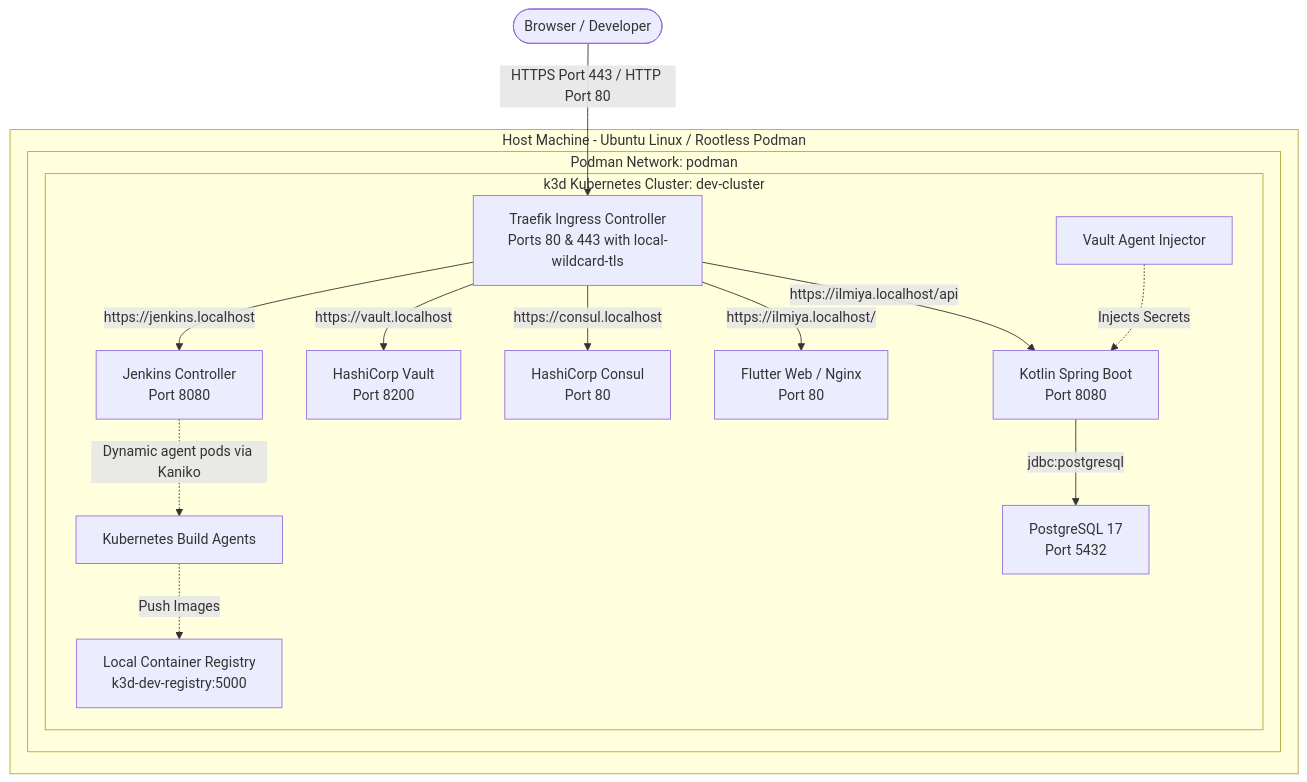
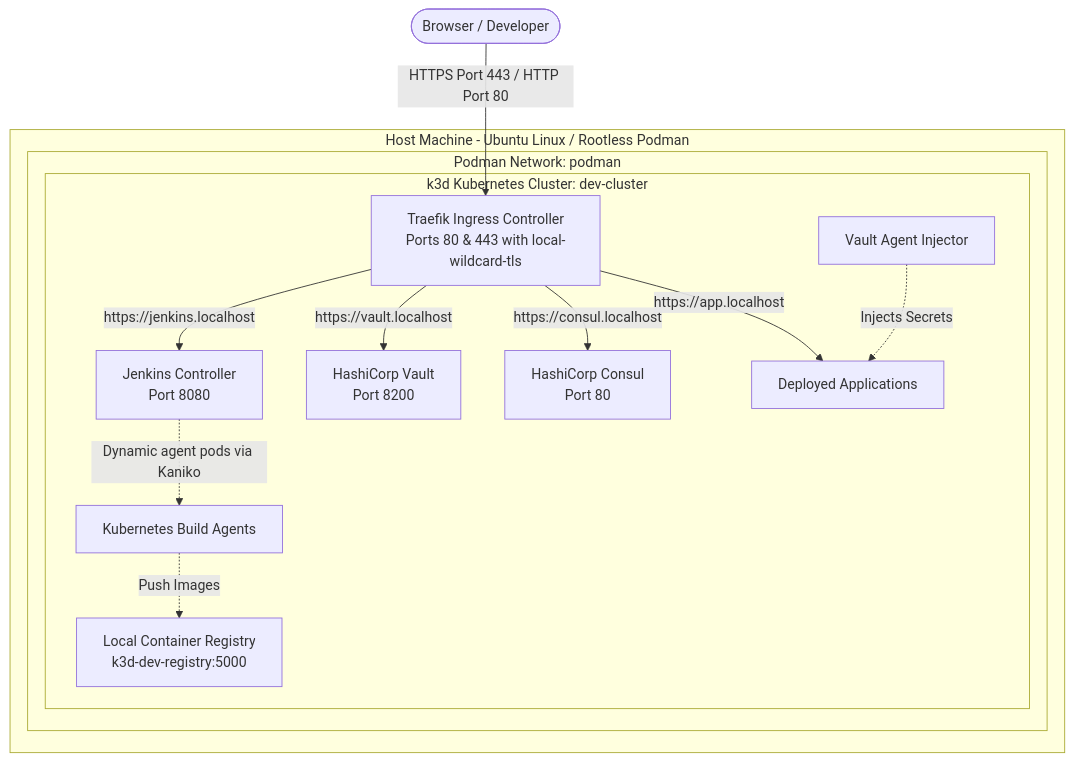
One commit to edmaputra/ed-devops changed the diagram in docs/SETUP_GUIDE.md. Above: the diagram before and after it, drawn with Mermaid. The commit also changed other lines of this file and 5 other files, not shown here.

````diff
--- a/docs/SETUP_GUIDE.md
+++ b/docs/SETUP_GUIDE.md
@@ -9,26 +9,22 @@
 ```mermaid
 graph TD
     User([Browser / Developer]) -->|HTTPS Port 443 / HTTP Port 80| Traefik[Traefik Ingress Controller<br/>Ports 80 & 443 with local-wildcard-tls]
     
     subgraph Host [Host Machine - Ubuntu Linux / Rootless Podman]
         subgraph PodmanNet [Podman Network: podman]
             Reg[Local Container Registry<br/>k3d-dev-registry:5000]
             
             subgraph K3sCluster [k3d Kubernetes Cluster: dev-cluster]
                 Traefik -->|https://jenkins.localhost| Jenkins[Jenkins Controller<br/>Port 8080]
                 Traefik -->|https://vault.localhost| Vault[HashiCorp Vault<br/>Port 8200]
                 Traefik -->|https://consul.localhost| Consul[HashiCorp Consul<br/>Port 80]
-                
-                Traefik -->|https://ilmiya.localhost/| Frontend[Flutter Web / Nginx<br/>Port 80]
-                Traefik -->|https://ilmiya.localhost/api| Backend[Kotlin Spring Boot<br/>Port 8080]
-                
-                Backend -->|jdbc:postgresql| Postgres[PostgreSQL 17<br/>Port 5432]
+                Traefik -->|https://app.localhost| Apps[Deployed Applications]
                 
                 Jenkins -.->|Dynamic agent pods via Kaniko| K8sAgents[Kubernetes Build Agents]
                 K8sAgents -.->|Push Images| Reg
                 
-                VaultInjector[Vault Agent Injector] -.->|Injects Secrets| Backend
+                VaultInjector[Vault Agent Injector] -.->|Injects Secrets| Apps
             end
         end
     end
 ```
````
